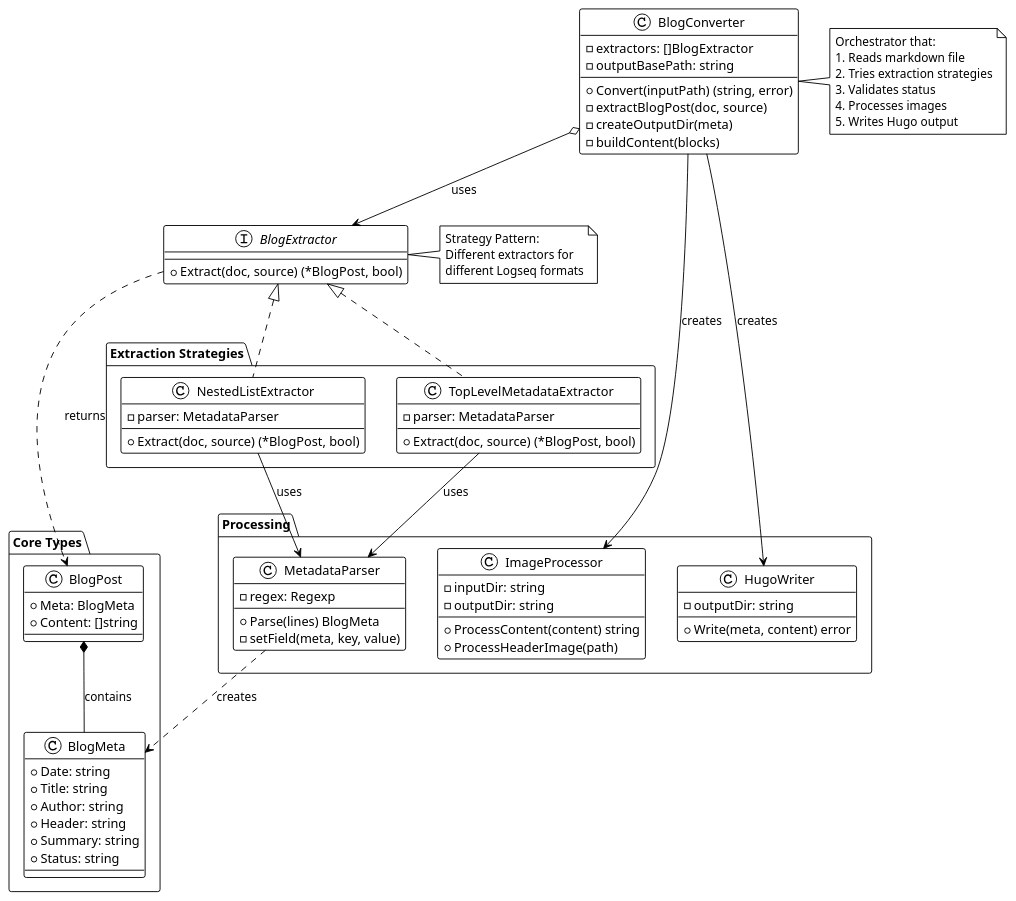
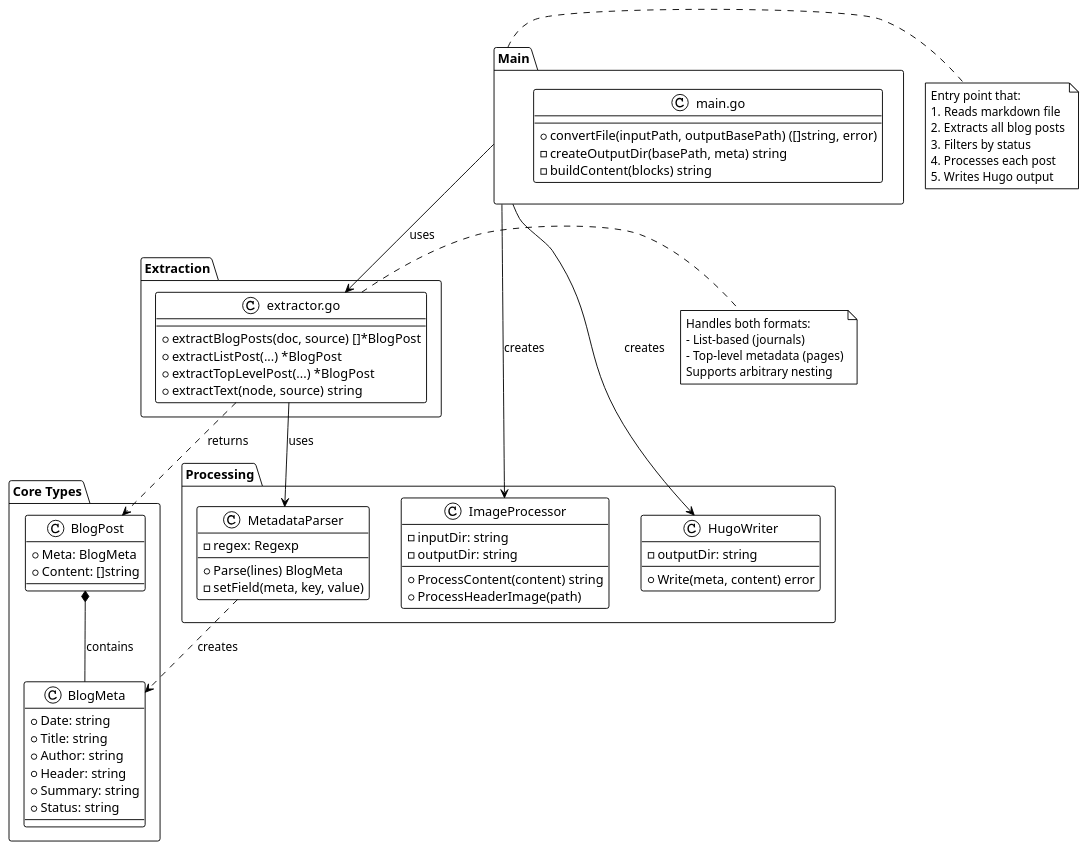
The diagram in README.md (bbaumgartner/logseq-to-hugo-converter), drawn with PlantUML before and after one commit. The commit also changed other lines of this file and 5 other files, not shown here.

```diff
--- a/README.md
+++ b/README.md
@@ -222,19 +226,12 @@
   }
 }
 
-interface BlogExtractor {
-  +Extract(doc, source) (*BlogPost, bool)
-}
-
-package "Extraction Strategies" {
-  class NestedListExtractor {
-    -parser: MetadataParser
-    +Extract(doc, source) (*BlogPost, bool)
-  }
-  
-  class TopLevelMetadataExtractor {
-    -parser: MetadataParser
-    +Extract(doc, source) (*BlogPost, bool)
+package "Extraction" {
+  class "extractor.go" as Extractor {
+    +extractBlogPosts(doc, source) []*BlogPost
+    +extractListPost(...) *BlogPost
+    +extractTopLevelPost(...) *BlogPost
+    +extractText(node, source) string
   }
 }
 
@@ -258,39 +255,36 @@
   }
 }
 
-class BlogConverter {
-  -extractors: []BlogExtractor
-  -outputBasePath: string
-  +Convert(inputPath) (string, error)
-  -extractBlogPost(doc, source)
-  -createOutputDir(meta)
-  -buildContent(blocks)
+package "Main" {
+  class "main.go" as Main {
+    +convertFile(inputPath, outputBasePath) ([]string, error)
+    -createOutputDir(basePath, meta) string
+    -buildContent(blocks) string
+  }
 }
 
-BlogExtractor <|.. NestedListExtractor
-BlogExtractor <|.. TopLevelMetadataExtractor
-BlogConverter o--> BlogExtractor : uses
-NestedListExtractor --> MetadataParser : uses
-TopLevelMetadataExtractor --> MetadataParser : uses
-BlogConverter --> ImageProcessor : creates
-BlogConverter --> HugoWriter : creates
+Main --> Extractor : uses
+Main --> ImageProcessor : creates
+Main --> HugoWriter : creates
+Extractor --> MetadataParser : uses
+Extractor ..> BlogPost : returns
 BlogPost *-- BlogMeta : contains
-BlogExtractor ..> BlogPost : returns
 MetadataParser ..> BlogMeta : creates
 
-note right of BlogConverter
-  Orchestrator that:
+note right of Main
+  Entry point that:
   1. Reads markdown file
-  2. Tries extraction strategies
-  3. Validates status
-  4. Processes images
+  2. Extracts all blog posts
+  3. Filters by status
+  4. Processes each post
   5. Writes Hugo output
 end note
 
-note right of BlogExtractor
-  Strategy Pattern:
-  Different extractors for
-  different Logseq formats
+note right of Extractor
+  Handles both formats:
+  - List-based (journals)
+  - Top-level metadata (pages)
+  Supports arbitrary nesting
 end note
 
 @enduml
```
